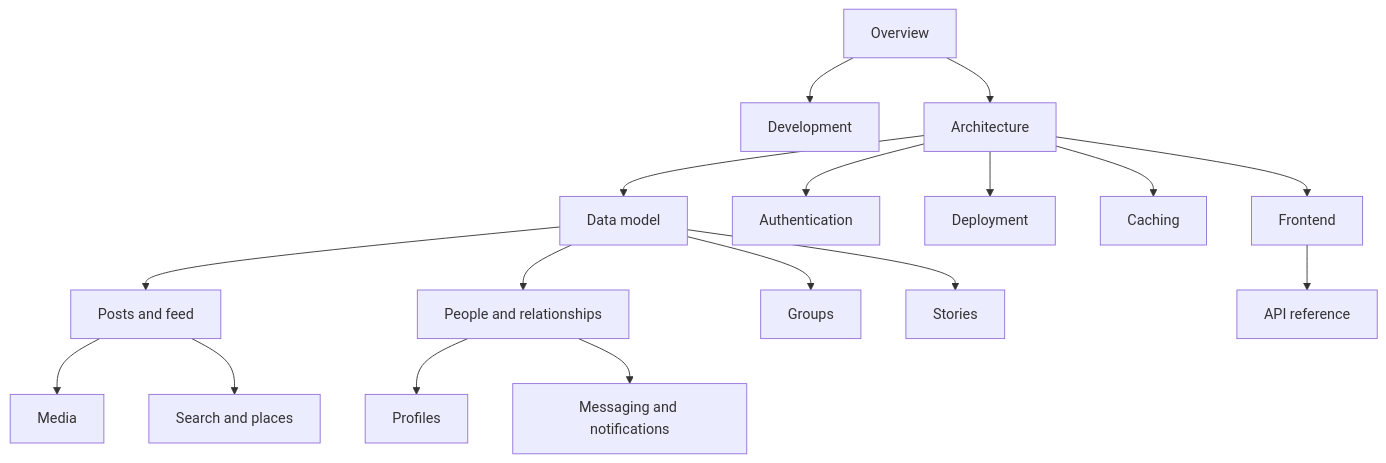
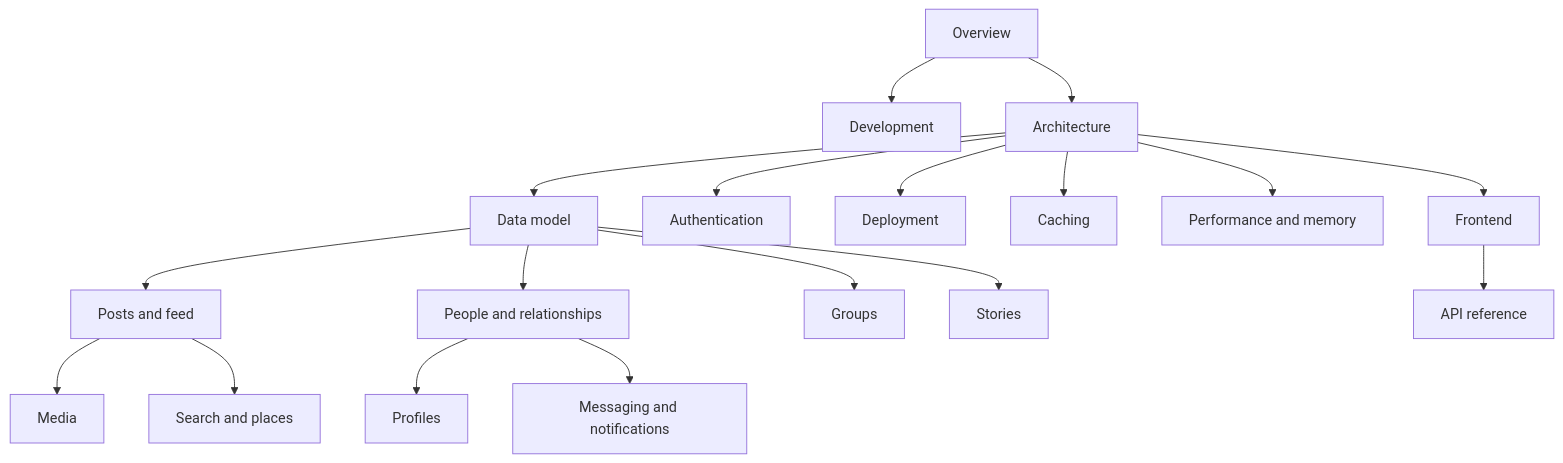
The diagram in docs/README.md (AkioCkist/Oremus), drawn with Mermaid before and after one commit. The commit also changed other lines of this file and 15 other files, not shown here.

````diff
--- a/docs/README.md
+++ b/docs/README.md
@@ -38,19 +39,20 @@
 ```mermaid
 flowchart TB
   Overview["Overview"] --> Dev["Development"]
   Overview --> Arch["Architecture"]
   Arch --> Data["Data model"]
   Arch --> Auth["Authentication"]
   Arch --> Deploy["Deployment"]
   Arch --> Cache["Caching"]
+  Arch --> Perf["Performance and memory"]
   Arch --> Front["Frontend"]
   Data --> Posts["Posts and feed"]
   Data --> Social["People and relationships"]
   Social --> Profiles["Profiles"]
   Data --> Groups["Groups"]
   Data --> Stories["Stories"]
   Posts --> Media["Media"]
   Social --> Msg["Messaging and notifications"]
   Posts --> Search["Search and places"]
   Front --> APIRef["API reference"]
 ```
````
